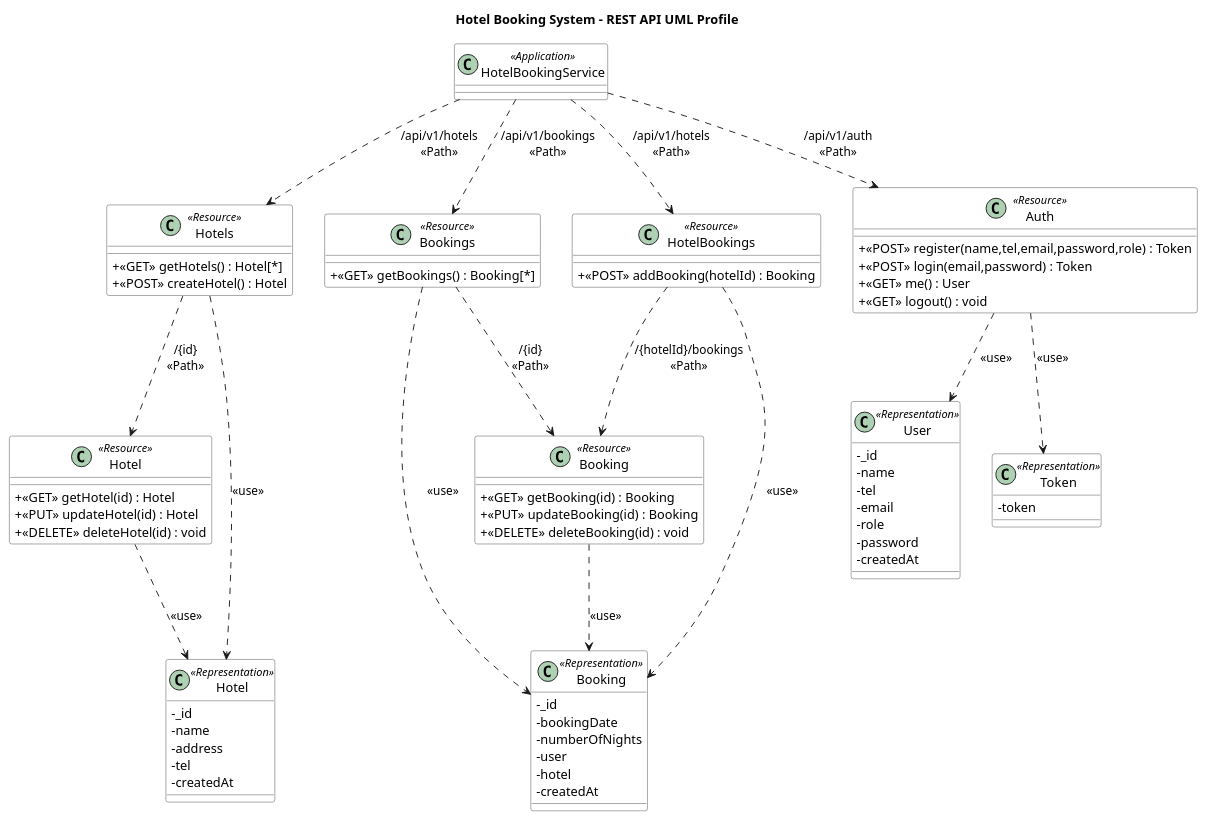
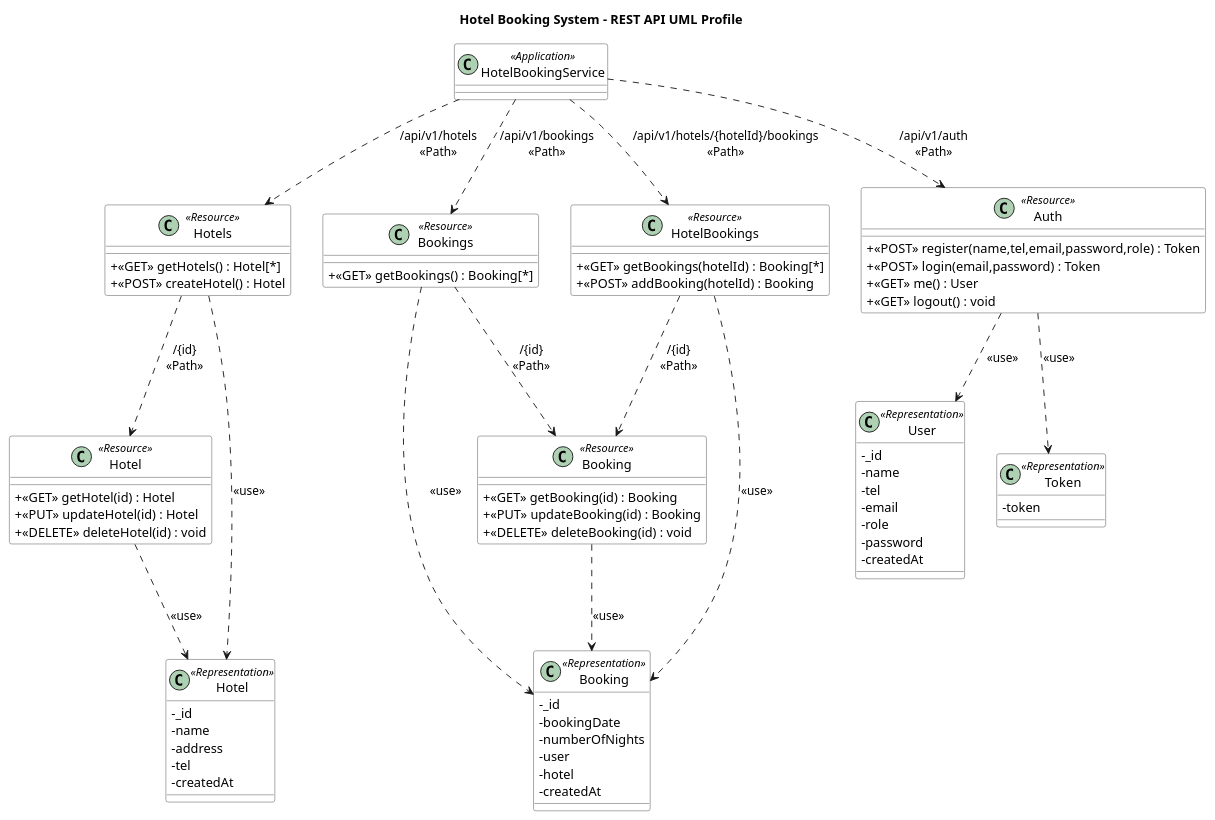
Before and after one commit to 2110503-CEDT68/be-project-68-pratulang: the diagram in uml/classdiagram.puml, drawn with PlantUML.

Commit message:
fix routes in class diagram

```diff
--- a/uml/classdiagram.puml
+++ b/uml/classdiagram.puml
@@ -1,116 +1,117 @@
 @startuml
 title Hotel Booking System - REST API UML Profile
 
 ' Styling to resemble the sample (clean boxes + dashed path lines)
 skinparam shadowing false
 skinparam packageStyle rectangle
 skinparam classAttributeIconSize 0
 
 skinparam class {
   BackgroundColor #FFFFFF
   BorderColor #444444
 }
 
 skinparam note {
   BorderColor #444444
 }
 
 
 ' APPLICATION
 class "HotelBookingService" <<Application>>
 
 ' RESOURCES (Hotels)
 class "Hotels" <<Resource>> {
   + <<GET>> getHotels() : Hotel[*]
   + <<POST>> createHotel() : Hotel
 }
 
 class "Hotel" <<Resource>> {
   + <<GET>> getHotel(id) : Hotel
   + <<PUT>> updateHotel(id) : Hotel
   + <<DELETE>> deleteHotel(id) : void
 }
 
 ' RESOURCES (Bookings)
 class "Bookings" <<Resource>> {
   + <<GET>> getBookings() : Booking[*]
 }
 
 class "Booking" <<Resource>> {
   + <<GET>> getBooking(id) : Booking
   + <<PUT>> updateBooking(id) : Booking
   + <<DELETE>> deleteBooking(id) : void
 }
 
 ' Nested create booking (from your controller addBooking)
 class "HotelBookings" <<Resource>> {
+  + <<GET>> getBookings(hotelId) : Booking[*]
   + <<POST>> addBooking(hotelId) : Booking
 }
 
 
 ' RESOURCES (Auth)
 class "Auth" <<Resource>> {
   + <<POST>> register(name,tel,email,password,role) : Token
   + <<POST>> login(email,password) : Token
   + <<GET>> me() : User
   + <<GET>> logout() : void
 }
 
 
 ' REPRESENTATIONS (Models)
 class "Hotel" as HotelRep <<Representation>> {
   - _id
   - name
   - address
   - tel
   - createdAt
 }
 
 class "Booking" as BookingRep <<Representation>> {
   - _id
   - bookingDate
   - numberOfNights
   - user
   - hotel
   - createdAt
 }
 
 class "User" as UserRep <<Representation>> {
   - _id
   - name
   - tel
   - email
   - role
   - password
   - createdAt
 }
 
 class "Token" as TokenRep <<Representation>> {
   - token
 }
 
 ' PATH LINKS (dashed like the photo)
 HotelBookingService ..> Hotels : /api/v1/hotels\n<<Path>>
 Hotels ..> Hotel : /{id}\n<<Path>>
 
 HotelBookingService ..> Bookings : /api/v1/bookings\n<<Path>>
 Bookings ..> Booking : /{id}\n<<Path>>
 
 ' Nested booking create endpoint in your code:
-HotelBookingService ..> HotelBookings : /api/v1/hotels\n<<Path>>
-HotelBookings ..> Booking : /{hotelId}/bookings\n<<Path>>
+HotelBookingService ..> HotelBookings : /api/v1/hotels/{hotelId}/bookings\n<<Path>>
+HotelBookings ..> Booking : /{id}\n<<Path>>
 
 HotelBookingService ..> Auth : /api/v1/auth\n<<Path>>
 
 ' USE LINKS (resource uses representation)
 Hotels ..> HotelRep : <<use>>
 Hotel ..> HotelRep : <<use>>
 
 Bookings ..> BookingRep : <<use>>
 Booking ..> BookingRep : <<use>>
 HotelBookings ..> BookingRep : <<use>>
 
 Auth ..> UserRep : <<use>>
 Auth ..> TokenRep : <<use>>
 
 @enduml
```
